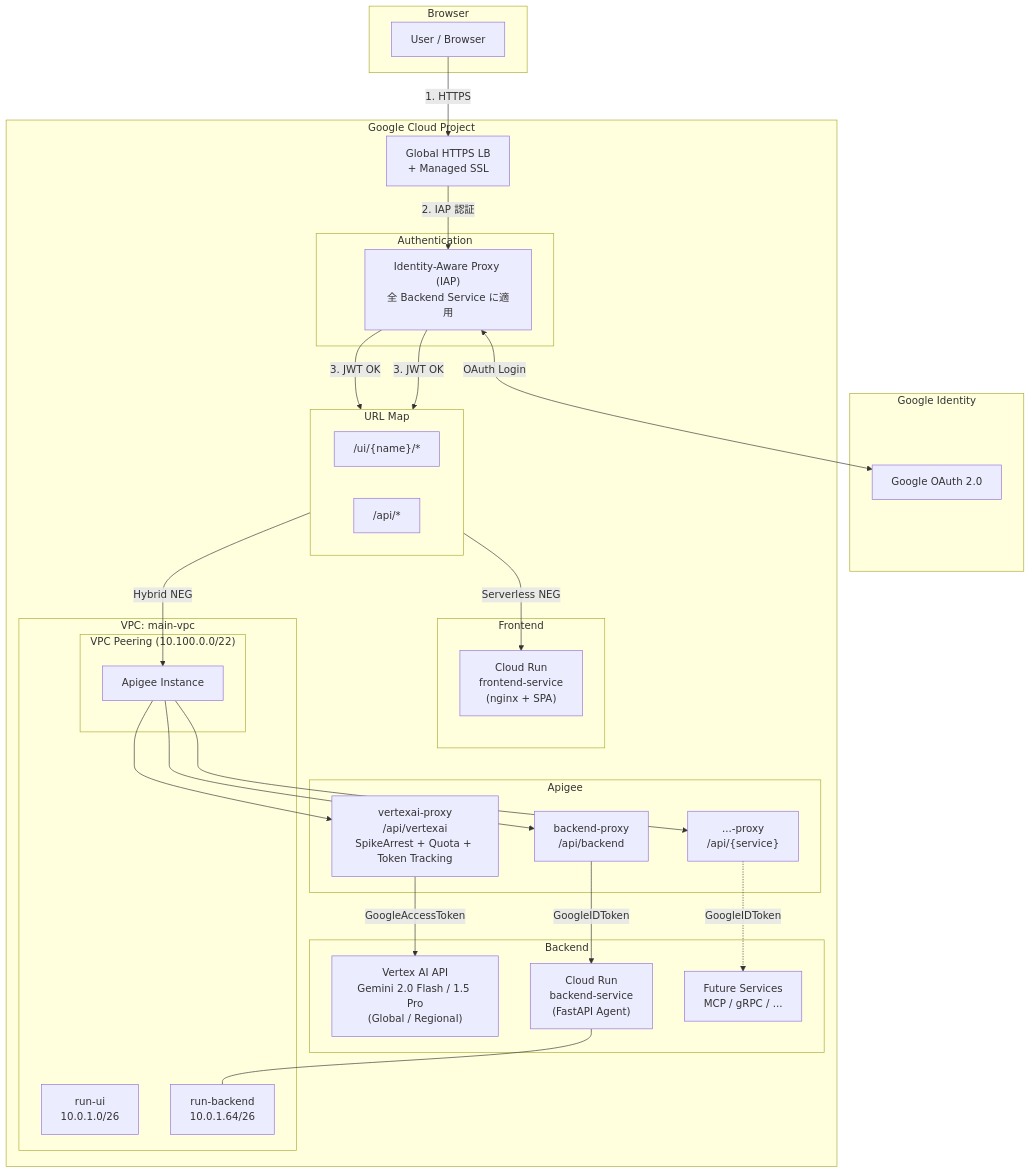
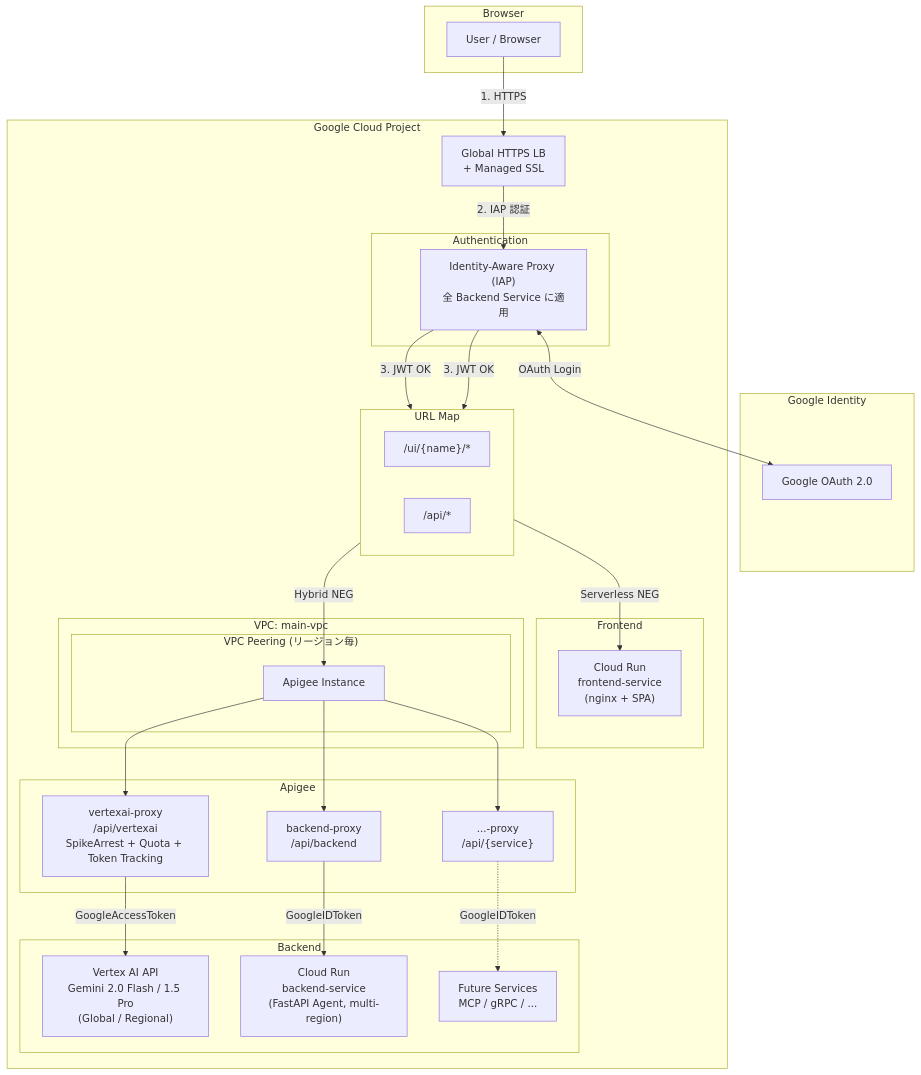
The first of 4 diagrams in README.md (linzhengen/apigee-labs), drawn with Mermaid before and after one commit. The commit also changed other lines of this file and 16 other files, not shown here.

````diff
--- a/README.md
+++ b/README.md
@@ -46,61 +46,58 @@
 ```mermaid
 graph TB
   subgraph Browser
     U[User / Browser]
   end
 
   subgraph Google["Google Identity"]
     GAUTH["Google OAuth 2.0"]
   end
 
   subgraph GCP["Google Cloud Project"]
     LB["Global HTTPS LB<br/>+ Managed SSL"]
 
     subgraph Auth["Authentication"]
       IAP["Identity-Aware Proxy (IAP)<br/>全 Backend Service に適用"]
     end
 
     subgraph URLMap["URL Map"]
       direction LR
       R_UI["/ui/{name}/*"]
       R_API["/api/*"]
     end
 
     subgraph Frontends["Frontend"]
       CR_FE["Cloud Run<br/>frontend-service<br/>(nginx + SPA)"]
     end
 
     subgraph ApigeeX["Apigee"]
       VP["vertexai-proxy<br/>/api/vertexai<br/>SpikeArrest + Quota + Token Tracking"]
       BP["backend-proxy<br/>/api/backend"]
       SP["...-proxy<br/>/api/{service}"]
     end
 
     subgraph Backends["Backend"]
       VAI["Vertex AI API<br/>Gemini 2.0 Flash / 1.5 Pro<br/>(Global / Regional)"]
-      CR_BE["Cloud Run<br/>backend-service<br/>(FastAPI Agent)"]
+      CR_BE["Cloud Run<br/>backend-service<br/>(FastAPI Agent, multi-region)"]
       Future["Future Services<br/>MCP / gRPC / ..."]
     end
 
     subgraph VPC["VPC: main-vpc"]
-      SUB_UI["run-ui<br/>10.0.1.0/26"]
-      SUB_BE["run-backend<br/>10.0.1.64/26"]
-      subgraph Peering["VPC Peering (10.100.0.0/22)"]
+      subgraph Peering["VPC Peering (リージョン毎)"]
         AI["Apigee Instance"]
       end
     end
   end
 
   U -->|"1. HTTPS"| LB
   LB -->|"2. IAP 認証"| IAP
   IAP <-->|"OAuth Login"| GAUTH
   IAP -->|"3. JWT OK"| R_UI & R_API
 
   R_UI -->|Serverless NEG| CR_FE
   R_API -->|Hybrid NEG| AI
   AI --> VP & BP & SP
   VP -->|GoogleAccessToken| VAI
   BP -->|GoogleIDToken| CR_BE
   SP -.->|GoogleIDToken| Future
-  CR_BE --- SUB_BE
 ```
````
